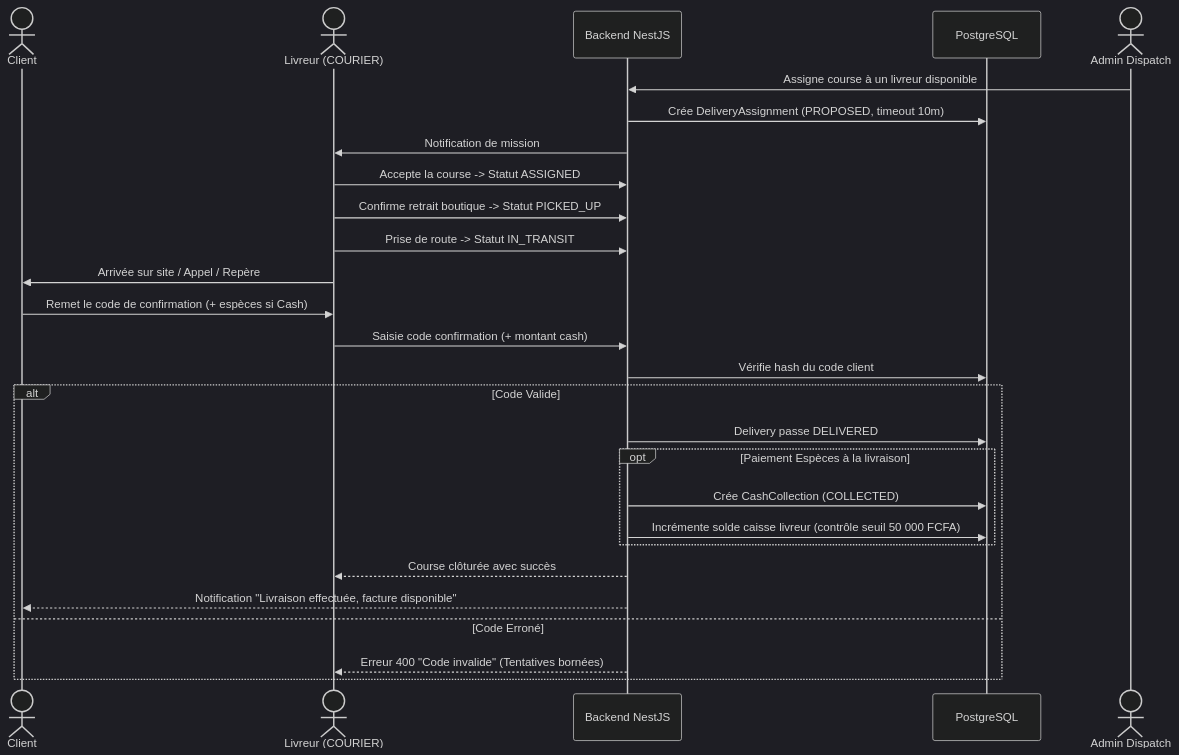
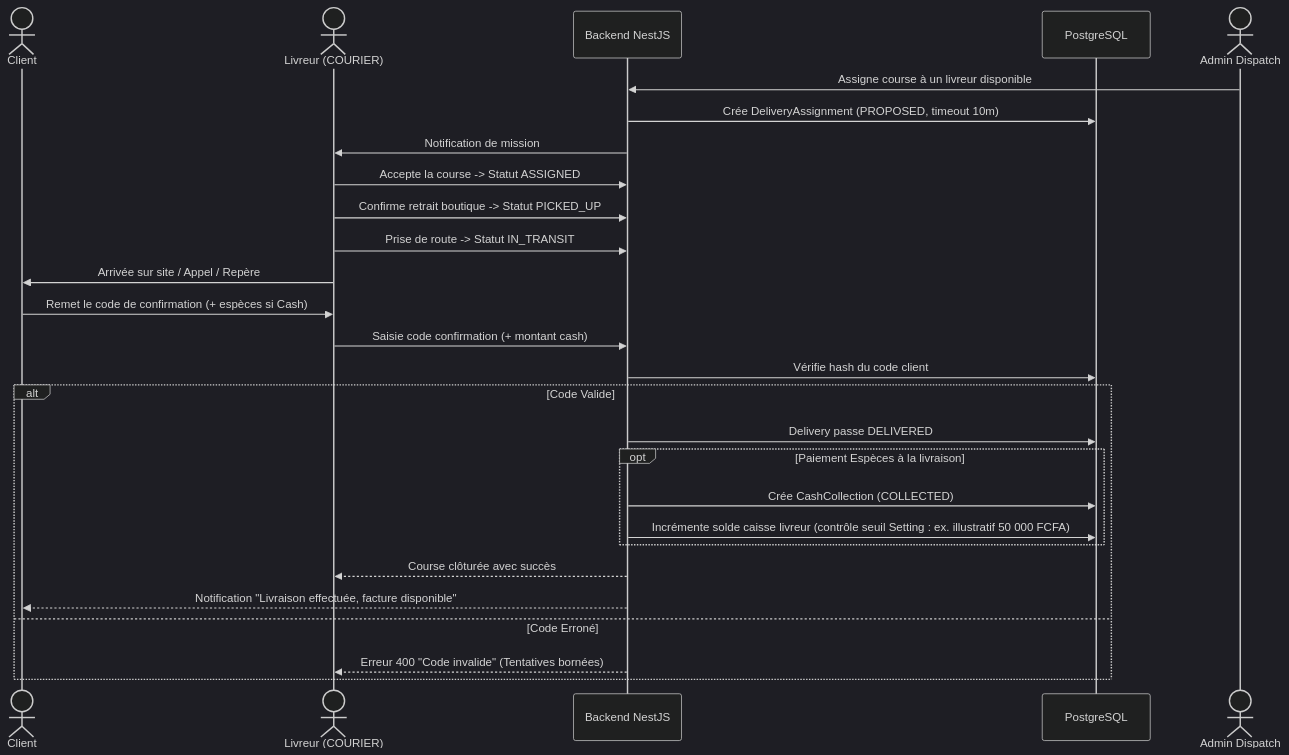
The sixth of 7 diagrams in docs/04-architecture-technique.md (durelpro/pleingaz), drawn with Mermaid (dark theme) before and after one commit. The commit also changed 9 other files, not shown here.

````diff
--- a/docs/04-architecture-technique.md
+++ b/docs/04-architecture-technique.md
@@ -209,30 +209,30 @@
 ```mermaid
 sequenceDiagram
     actor Client
     actor Courier as Livreur (COURIER)
     participant API as Backend NestJS
     participant PG as PostgreSQL
     actor Admin as Admin Dispatch
 
     Admin->>API: Assigne course à un livreur disponible
     API->>PG: Crée DeliveryAssignment (PROPOSED, timeout 10m)
     API->>Courier: Notification de mission
     Courier->>API: Accepte la course -> Statut ASSIGNED
     Courier->>API: Confirme retrait boutique -> Statut PICKED_UP
     Courier->>API: Prise de route -> Statut IN_TRANSIT
     Courier->>Client: Arrivée sur site / Appel / Repère
     Client->>Courier: Remet le code de confirmation (+ espèces si Cash)
     Courier->>API: Saisie code confirmation (+ montant cash)
     API->>PG: Vérifie hash du code client
     alt Code Valide
         API->>PG: Delivery passe DELIVERED
         opt Paiement Espèces à la livraison
             API->>PG: Crée CashCollection (COLLECTED)
-            API->>PG: Incrémente solde caisse livreur (contrôle seuil 50 000 FCFA)
+            API->>PG: Incrémente solde caisse livreur (contrôle seuil Setting : ex. illustratif 50 000 FCFA)
         end
         API-->>Courier: Course clôturée avec succès
         API-->>Client: Notification "Livraison effectuée, facture disponible"
     else Code Erroné
         API-->>Courier: Erreur 400 "Code invalide" (Tentatives bornées)
     end
 ```
````
